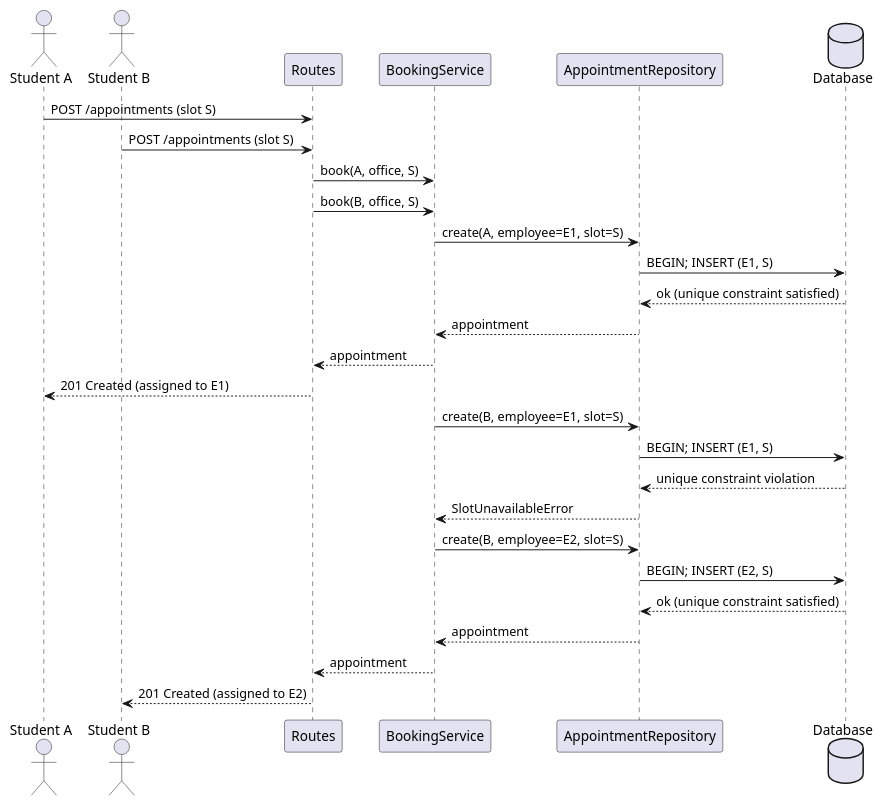
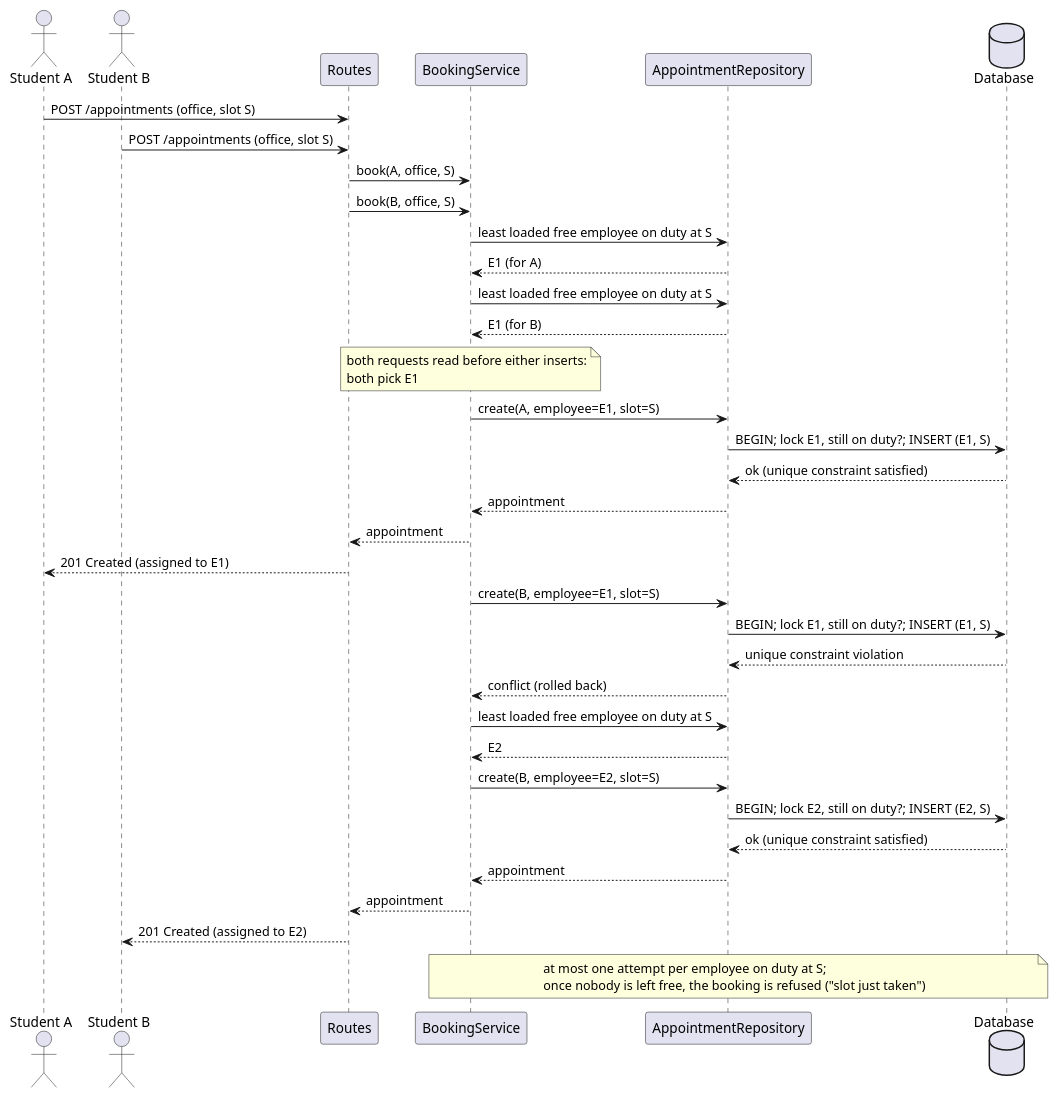
One commit to unibo-dtm-se-2526-PRONTO/report changed the diagram in sections/03-design/assets/seq2.puml. Above: the diagram before and after it, drawn with PlantUML. The commit also changed 14 other files, not shown here.

```diff
--- a/sections/03-design/assets/seq2.puml
+++ b/sections/03-design/assets/seq2.puml
@@ -1,33 +1,42 @@
 @startuml seq2
 actor "Student A" as A
 actor "Student B" as B
 participant "Routes" as routes
 participant "BookingService" as booksvc
 participant "AppointmentRepository" as apptrepo
 database "Database" as db
 
-A -> routes : POST /appointments (slot S)
-B -> routes : POST /appointments (slot S)
+A -> routes : POST /appointments (office, slot S)
+B -> routes : POST /appointments (office, slot S)
 routes -> booksvc : book(A, office, S)
 routes -> booksvc : book(B, office, S)
 
+booksvc -> apptrepo : least loaded free employee on duty at S
+apptrepo --> booksvc : E1 (for A)
+booksvc -> apptrepo : least loaded free employee on duty at S
+apptrepo --> booksvc : E1 (for B)
+note over booksvc : both requests read before either inserts:\nboth pick E1
+
 booksvc -> apptrepo : create(A, employee=E1, slot=S)
-apptrepo -> db : BEGIN; INSERT (E1, S)
+apptrepo -> db : BEGIN; lock E1, still on duty?; INSERT (E1, S)
 db --> apptrepo : ok (unique constraint satisfied)
 apptrepo --> booksvc : appointment
 booksvc --> routes : appointment
 routes --> A : 201 Created (assigned to E1)
 
 booksvc -> apptrepo : create(B, employee=E1, slot=S)
-apptrepo -> db : BEGIN; INSERT (E1, S)
+apptrepo -> db : BEGIN; lock E1, still on duty?; INSERT (E1, S)
 db --> apptrepo : unique constraint violation
-apptrepo --> booksvc : SlotUnavailableError
+apptrepo --> booksvc : conflict (rolled back)
 
+booksvc -> apptrepo : least loaded free employee on duty at S
+apptrepo --> booksvc : E2
 booksvc -> apptrepo : create(B, employee=E2, slot=S)
-apptrepo -> db : BEGIN; INSERT (E2, S)
+apptrepo -> db : BEGIN; lock E2, still on duty?; INSERT (E2, S)
 db --> apptrepo : ok (unique constraint satisfied)
 apptrepo --> booksvc : appointment
 booksvc --> routes : appointment
 routes --> B : 201 Created (assigned to E2)
 
+note over booksvc, db : at most one attempt per employee on duty at S;\nonce nobody is left free, the booking is refused ("slot just taken")
 @enduml
```
